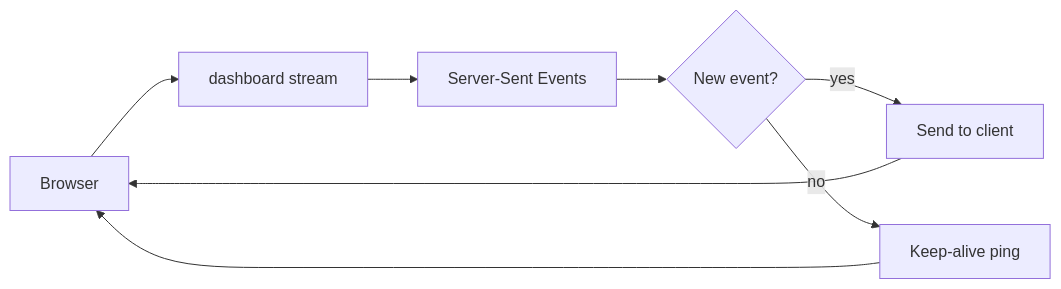
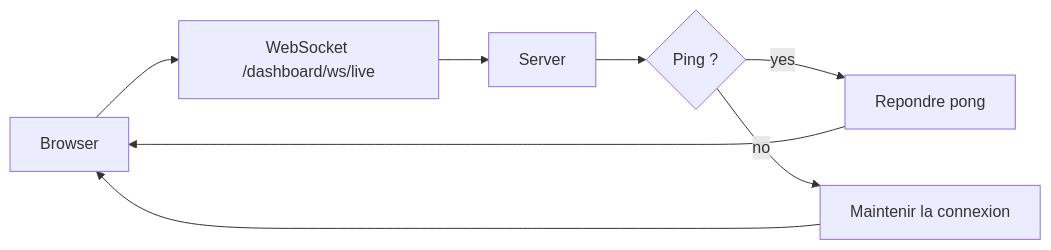
One commit to damo-pmu/honeypot changed the diagram in docs/APIS.md. Above: the diagram before and after it, drawn with Mermaid. The commit also changed other lines of this file and 65 other files, not shown here.

````diff
--- a/docs/APIS.md
+++ b/docs/APIS.md
@@ -227,10 +247,10 @@
 ```mermaid
 flowchart LR
-    A[Browser] --> B[dashboard stream]
-    B --> C[Server-Sent Events]
-    C --> D{New event?}
-    D -->|yes| E[Send to client]
-    D -->|no| F[Keep-alive ping]
+    A[Browser] --> B[WebSocket /dashboard/ws/live]
+    B --> C[Server]
+    C --> D{Ping ?}
+    D -->|yes| E[Repondre pong]
+    D -->|no| F[Maintenir la connexion]
     E --> A
     F --> A
 ```
````
